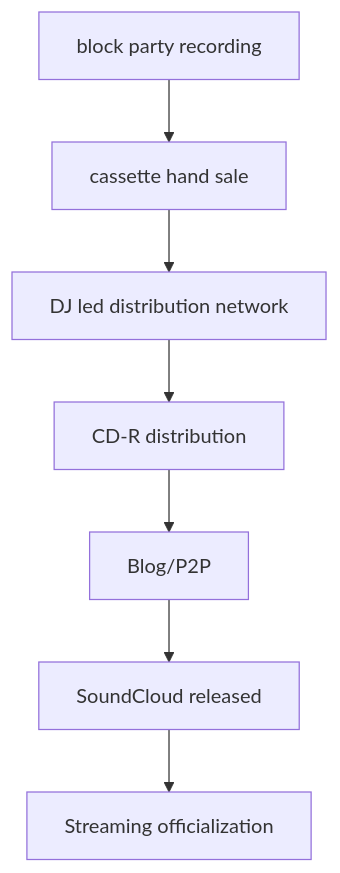
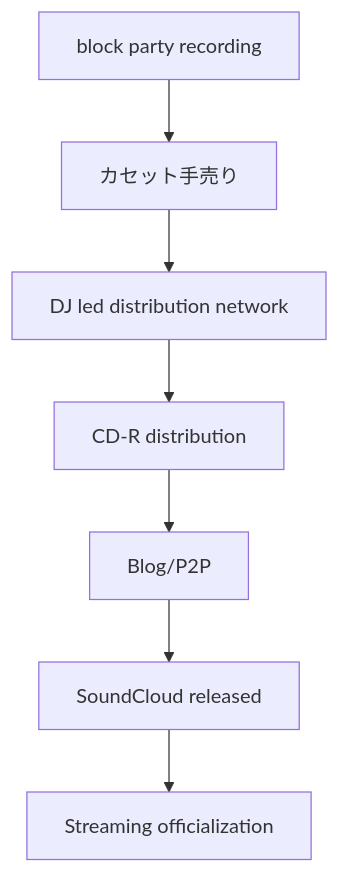
The second of 2 diagrams in en/_posts/2026-02-28-column-free-mix-tape.md (monumental-movement/monumental-movement.github.io), drawn with Mermaid before and after one commit. The commit also changed other lines of this file and 1012 other files, not shown here.

```diff
--- a/en/_posts/2026-02-28-column-free-mix-tape.md
+++ b/en/_posts/2026-02-28-column-free-mix-tape.md
@@ -176,9 +176,9 @@
 <div class="mermaid">
 flowchart TD
-    A[block party recording] --> B[cassette hand sale]
+    A[block party recording] --> B[カセット手売り]
     B --> C[DJ led distribution network]
     C --> D[CD-R distribution]
     D --> E[Blog/P2P]
     E --> F[SoundCloud released]
     F --> G[Streaming officialization]
 </div>
```
